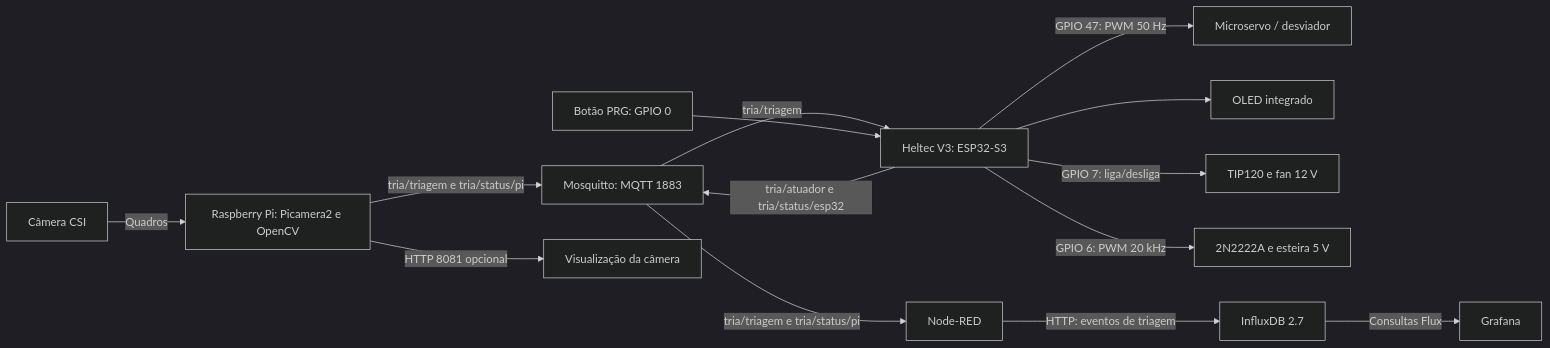
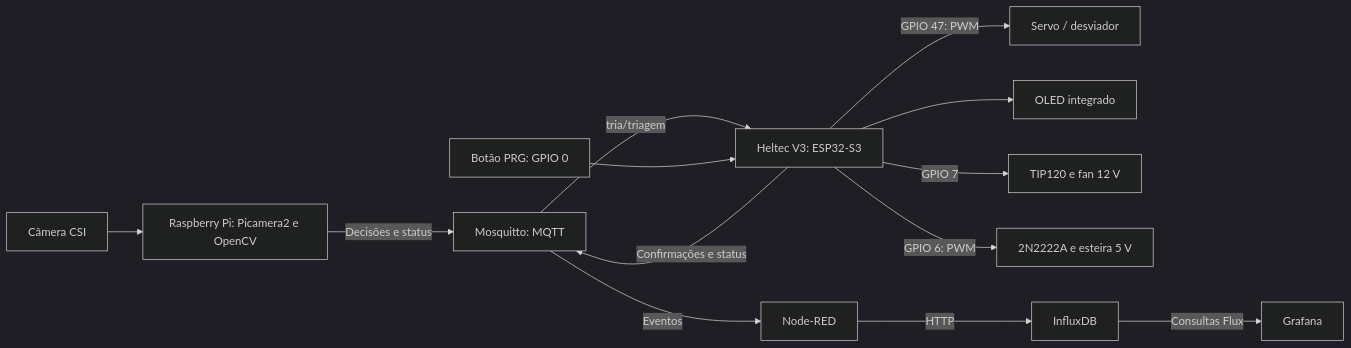
One commit to GilvanTWS/TCC-PNAAT changed the diagram in README.md. Above: the diagram before and after it, drawn with Mermaid (dark theme). The commit also changed other lines of this file, not shown here.

````diff
--- a/README.md
+++ b/README.md
@@ -68,16 +34,15 @@
 ```mermaid
 flowchart LR
-    CAM[Câmera CSI] -->|Quadros| PI[Raspberry Pi: Picamera2 e OpenCV]
-    PI -->|tria/triagem e tria/status/pi| MQ[Mosquitto: MQTT 1883]
+    CAM[Câmera CSI] --> PI[Raspberry Pi: Picamera2 e OpenCV]
+    PI -->|Decisões e status| MQ[Mosquitto: MQTT]
     MQ -->|tria/triagem| ESP[Heltec V3: ESP32-S3]
-    ESP -->|GPIO 47: PWM 50 Hz| S[Microservo / desviador]
+    ESP -->|GPIO 47: PWM| S[Servo / desviador]
     ESP --> O[OLED integrado]
     BTN[Botão PRG: GPIO 0] --> ESP
-    ESP -->|GPIO 7: liga/desliga| TIP[TIP120 e fan 12 V]
-    ESP -->|GPIO 6: PWM 20 kHz| Q[2N2222A e esteira 5 V]
-    ESP -->|tria/atuador e tria/status/esp32| MQ
-    MQ -->|tria/triagem e tria/status/pi| NR[Node-RED]
-    NR -->|HTTP: eventos de triagem| DB[InfluxDB 2.7]
+    ESP -->|GPIO 7| TIP[TIP120 e fan 12 V]
+    ESP -->|GPIO 6: PWM| Q[2N2222A e esteira 5 V]
+    ESP -->|Confirmações e status| MQ
+    MQ -->|Eventos| NR[Node-RED]
+    NR -->|HTTP| DB[InfluxDB]
     DB -->|Consultas Flux| GF[Grafana]
-    PI -->|HTTP 8081 opcional| WEB[Visualização da câmera]
 ```
````
